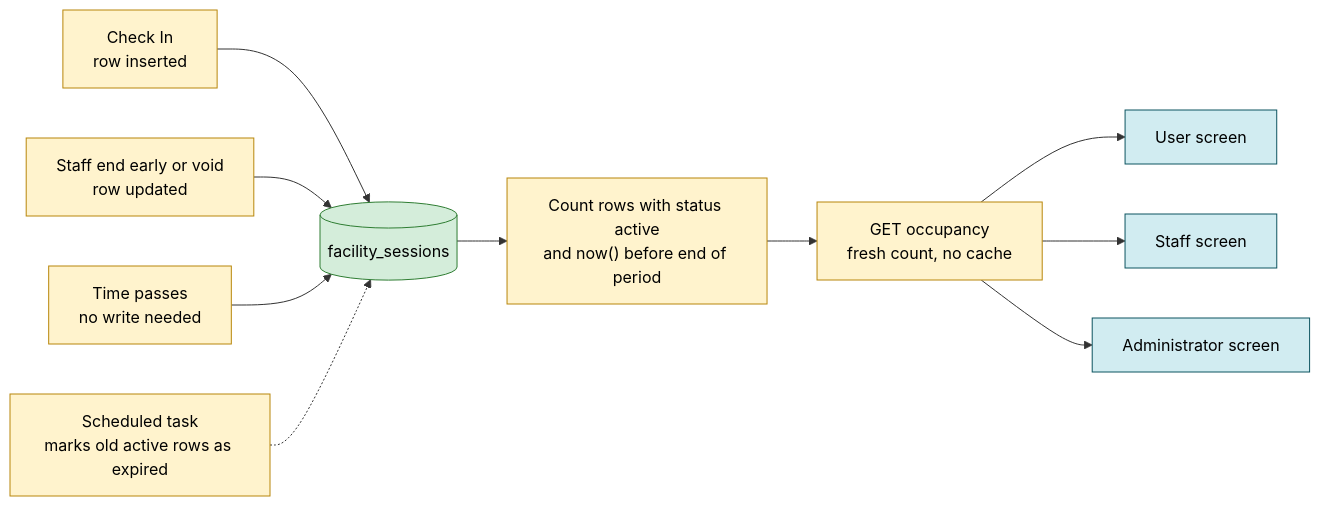
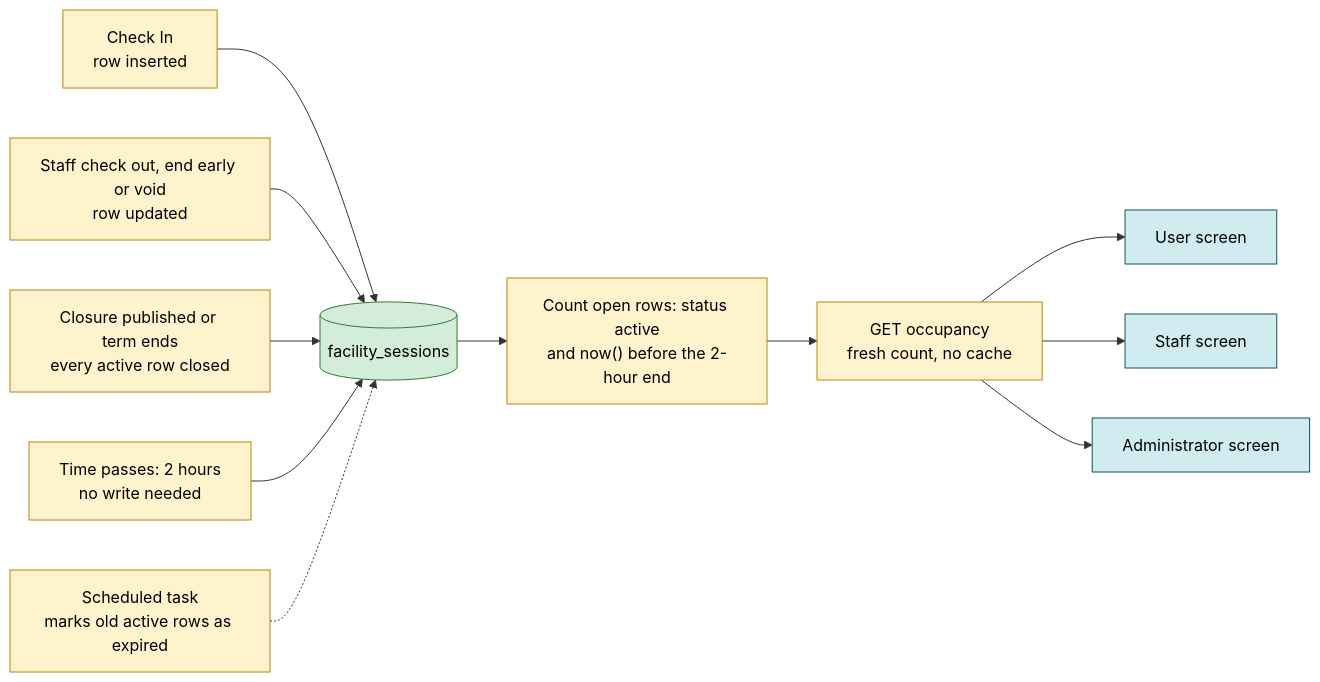
The tenth of 12 diagrams in docs/design/check-in-flows.md (Th3-Minorities/natatorio-gym-app), drawn with Mermaid before and after one commit. The commit also changed other lines of this file and 8 other files, not shown here.

Commit message:
Update the SRS and design docs for personal staff accounts, check-out, one roster, store sync and the other meeting decisions

````diff
--- a/docs/design/check-in-flows.md
+++ b/docs/design/check-in-flows.md
@@ -309,19 +318,20 @@
 ```mermaid
 flowchart LR
   CI["Check In<br/>row inserted"] --> T[("facility_sessions")]
-  SC["Staff end early or void<br/>row updated"] --> T
-  TM["Time passes<br/>no write needed"] --> T
-  T --> Q["Count rows with status active<br/>and now() before end of period"]
+  SC["Staff check out, end early or void<br/>row updated"] --> T
+  CLO["Closure published or term ends<br/>every active row closed"] --> T
+  TM["Time passes: 2 hours<br/>no write needed"] --> T
+  T --> Q["Count open rows: status active<br/>and now() before the 2-hour end"]
   Q --> API["GET occupancy<br/>fresh count, no cache"]
   API --> U["User screen"]
   API --> S["Staff screen"]
   API --> AD["Administrator screen"]
   CL["Scheduled task<br/>marks old active rows as expired"] -.-> T
 
   classDef back fill:#fff3cd,stroke:#b8860b,color:#000
   classDef data fill:#d4edda,stroke:#2e7d32,color:#000
   classDef client fill:#d1ecf1,stroke:#0c5460,color:#000
-  class CI,SC,TM,Q,API,CL back
+  class CI,SC,CLO,TM,Q,API,CL back
   class T data
   class U,S,AD client
 ```
````
